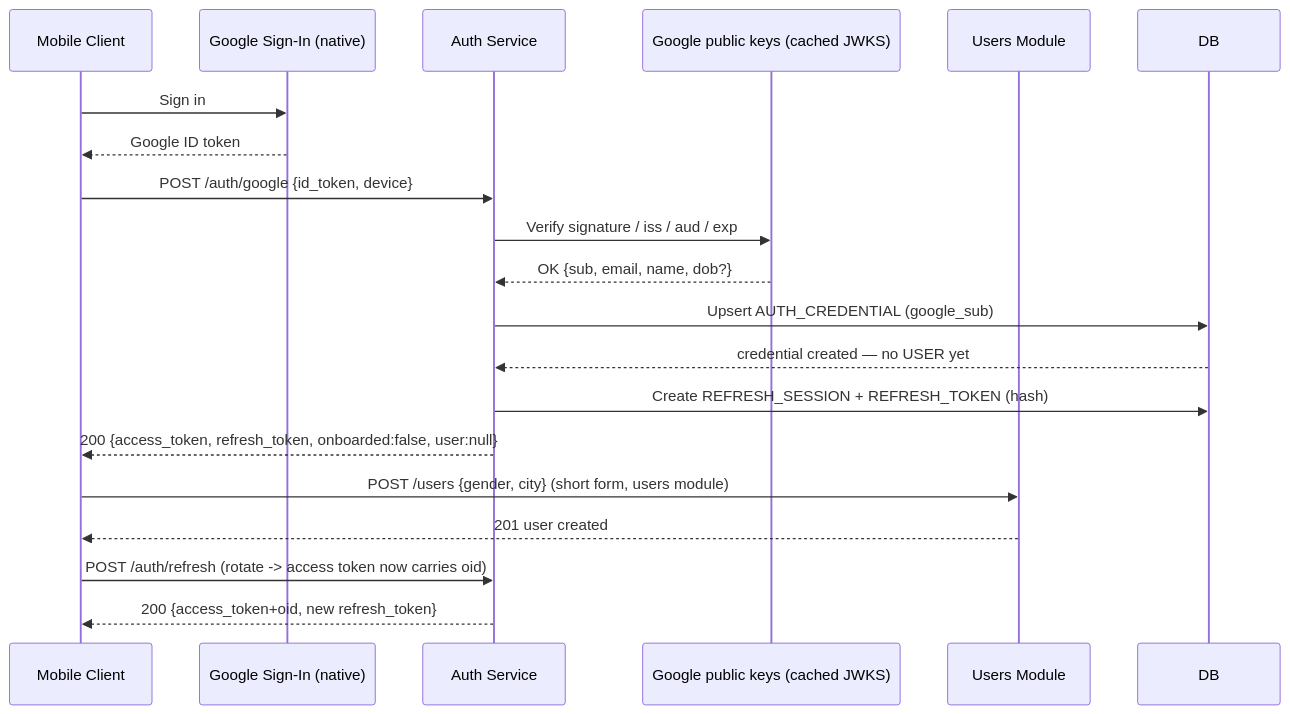
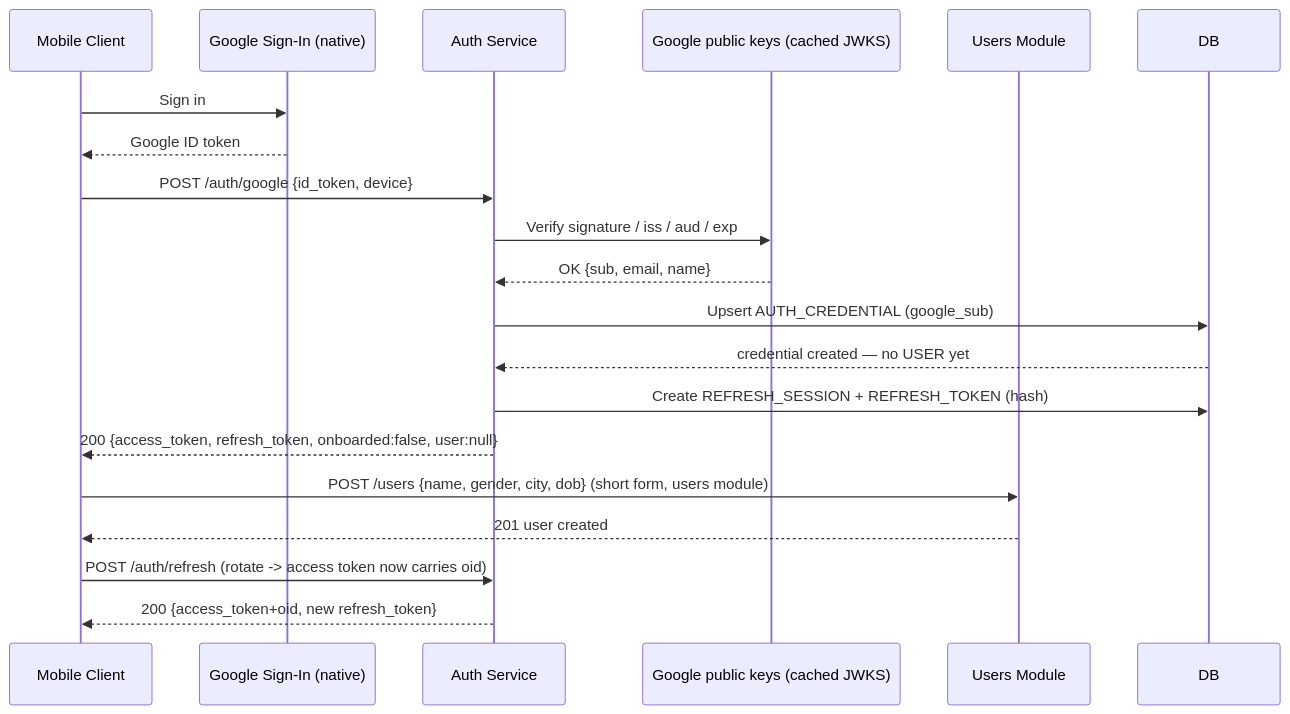
Before and after one commit to cheetah-org/fold-design: the first of 4 diagrams in api-design/auth.md, drawn with Mermaid. The commit also changed 5 other files, not shown here.

````diff
--- a/api-design/auth.md
+++ b/api-design/auth.md
@@ -536,23 +536,23 @@
 ```mermaid
 sequenceDiagram
     participant C as Mobile Client
     participant G as Google Sign-In (native)
     participant A as Auth Service
     participant J as Google public keys (cached JWKS)
     participant U as Users Module
     participant DB as DB
 
     C->>G: Sign in
     G-->>C: Google ID token
     C->>A: POST /auth/google {id_token, device}
     A->>J: Verify signature / iss / aud / exp
-    J-->>A: OK {sub, email, name, dob?}
+    J-->>A: OK {sub, email, name}
     A->>DB: Upsert AUTH_CREDENTIAL (google_sub)
     DB-->>A: credential created — no USER yet
     A->>DB: Create REFRESH_SESSION + REFRESH_TOKEN (hash)
     A-->>C: 200 {access_token, refresh_token, onboarded:false, user:null}
-    C->>U: POST /users {gender, city} (short form, users module)
+    C->>U: POST /users {name, gender, city, dob} (short form, users module)
     U-->>C: 201 user created
     C->>A: POST /auth/refresh (rotate -> access token now carries oid)
     A-->>C: 200 {access_token+oid, new refresh_token}
 ```
````
